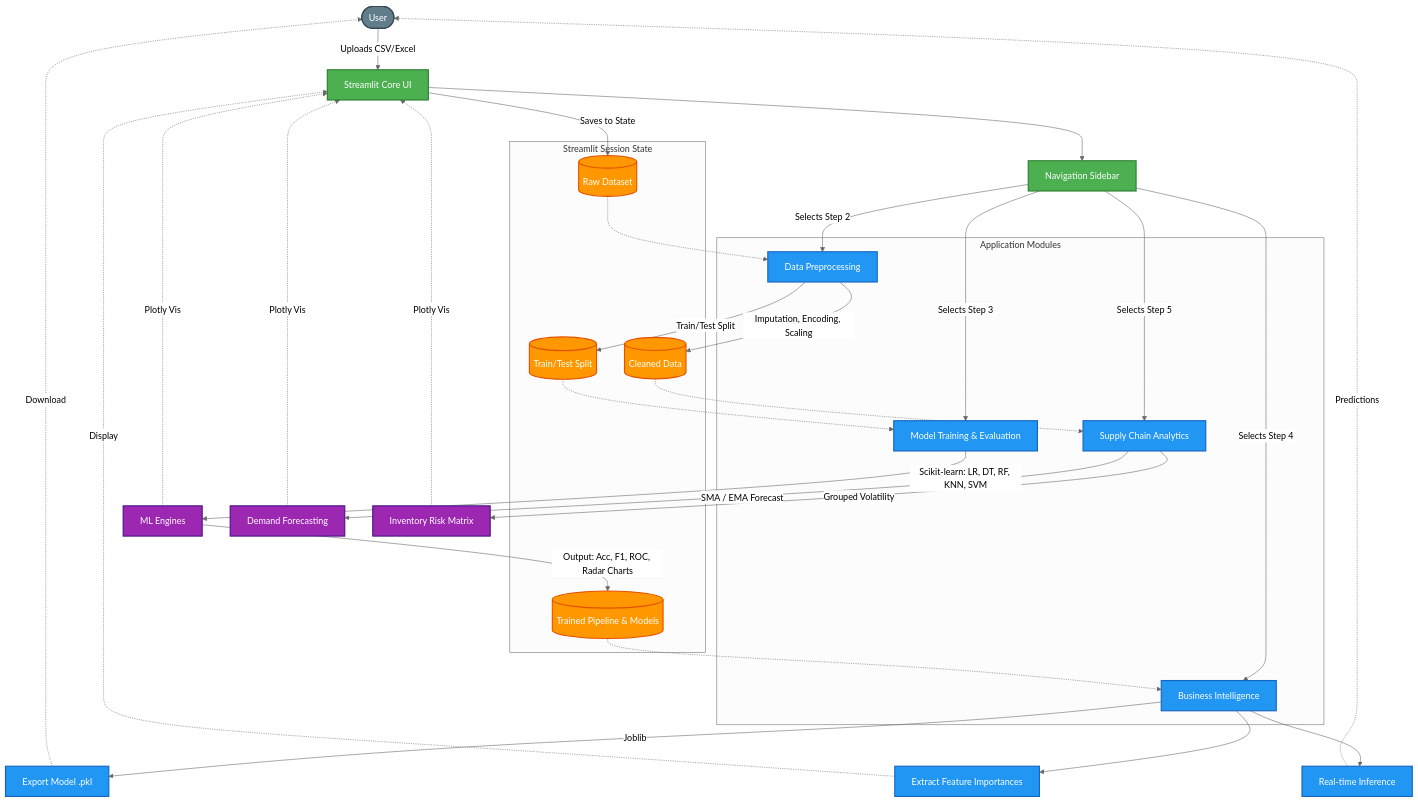
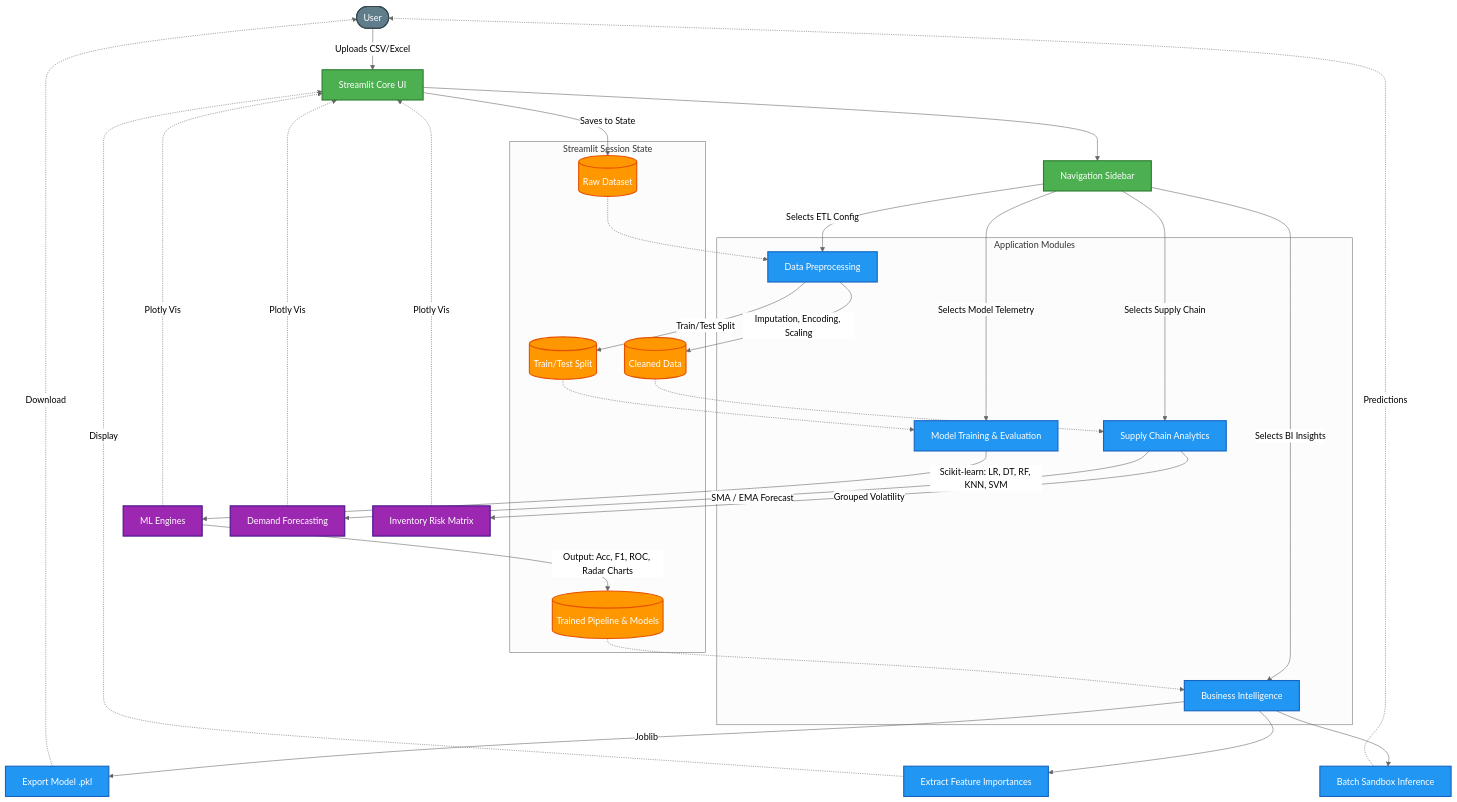
The diagram in README.md (Akshay-Notfound/AutoML-Web-Dashboard), drawn with Mermaid (neutral theme) before and after one commit. The commit also changed other lines of this file and 1 other file, not shown here.

````diff
--- a/README.md
+++ b/README.md
@@ -44,63 +86,63 @@
 ```mermaid
 graph TD
     %% Styling
     classDef ui fill:#4CAF50,stroke:#2E7D32,stroke-width:2px,color:white;
     classDef logic fill:#2196F3,stroke:#1565C0,stroke-width:2px,color:white;
     classDef data fill:#FF9800,stroke:#E65100,stroke-width:2px,color:white;
     classDef model fill:#9C27B0,stroke:#4A148C,stroke-width:2px,color:white;
     classDef user fill:#607D8B,stroke:#37474F,stroke-width:2px,color:white;
 
     User([User]):::user --> |Uploads CSV/Excel| appUI[Streamlit Core UI]:::ui
     appUI --> Sidebar[Navigation Sidebar]:::ui
     
     %% Session State (Data Storage)
     subgraph DataState [Streamlit Session State]
         raw[(Raw Dataset)]:::data
         clean[(Cleaned Data)]:::data
         split[(Train/Test Split)]:::data
         models[(Trained Pipeline & Models)]:::data
     end
 
     appUI --> |Saves to State| raw
 
     %% Core Modules
     subgraph Modules [Application Modules]
         Preprocess[Data Preprocessing]:::logic
         Train[Model Training & Evaluation]:::logic
         BI[Business Intelligence]:::logic
         SupplyChain[Supply Chain Analytics]:::logic
     end
 
     %% Preprocessing Flow
-    Sidebar --> |Selects Step 2| Preprocess
+    Sidebar --> |Selects ETL Config| Preprocess
     raw -.-> Preprocess
     Preprocess --> |Imputation, Encoding, Scaling| clean
     Preprocess --> |Train/Test Split| split
 
     %% Model Evaluation Flow
-    Sidebar --> |Selects Step 3| Train
+    Sidebar --> |Selects Model Telemetry| Train
     split -.-> Train
     Train --> |Scikit-learn: LR, DT, RF, KNN, SVM| ML[ML Engines]:::model
     ML --> |Output: Acc, F1, ROC, Radar Charts| models
 
     %% BI Insights Flow
-    Sidebar --> |Selects Step 4| BI
+    Sidebar --> |Selects BI Insights| BI
     models -.-> BI
     BI --> |Joblib| Export[Export Model .pkl]:::logic
-    BI --> Inference[Real-time Inference]:::logic
+    BI --> Inference[Batch Sandbox Inference]:::logic
     BI --> Insights[Extract Feature Importances]:::logic
 
     %% Supply Chain Flow
-    Sidebar --> |Selects Step 5| SupplyChain
+    Sidebar --> |Selects Supply Chain| SupplyChain
     clean -.-> SupplyChain
     SupplyChain --> |SMA / EMA Forecast| Forecast[Demand Forecasting]:::model
     SupplyChain --> |Grouped Volatility| Risk[Inventory Risk Matrix]:::model
 
     %% Connect back to User Interface Elements
     Export -.-> |Download| User
     Inference -.-> |Predictions| User
     Insights -.-> |Display| appUI
     Forecast -.-> |Plotly Vis| appUI
     Risk -.-> |Plotly Vis| appUI
     ML -.-> |Plotly Vis| appUI
 ```
````
